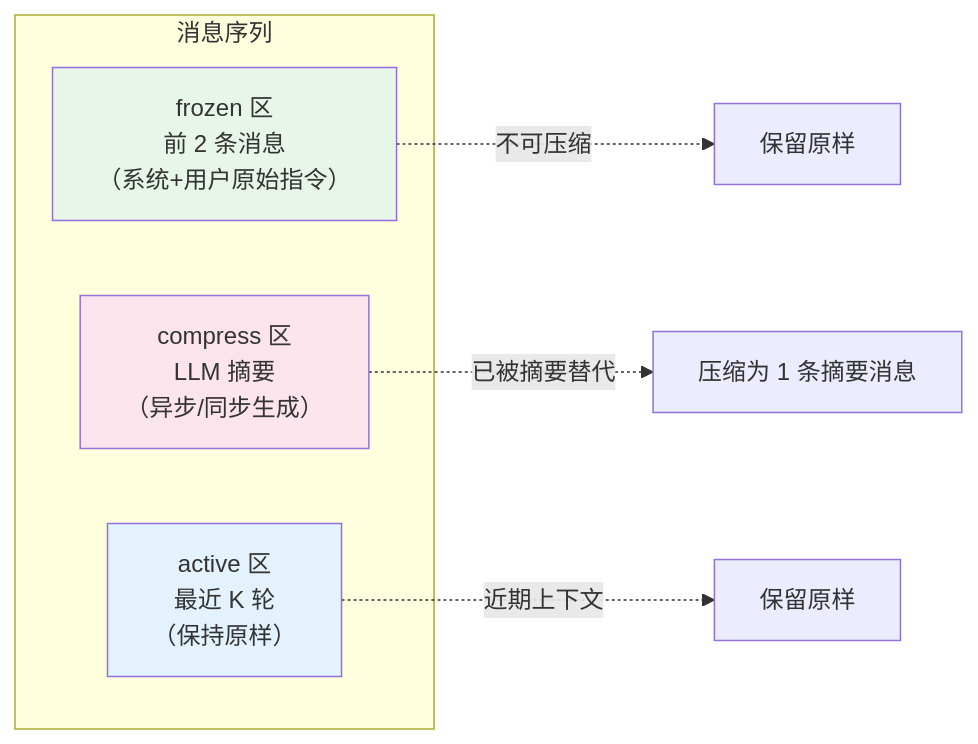
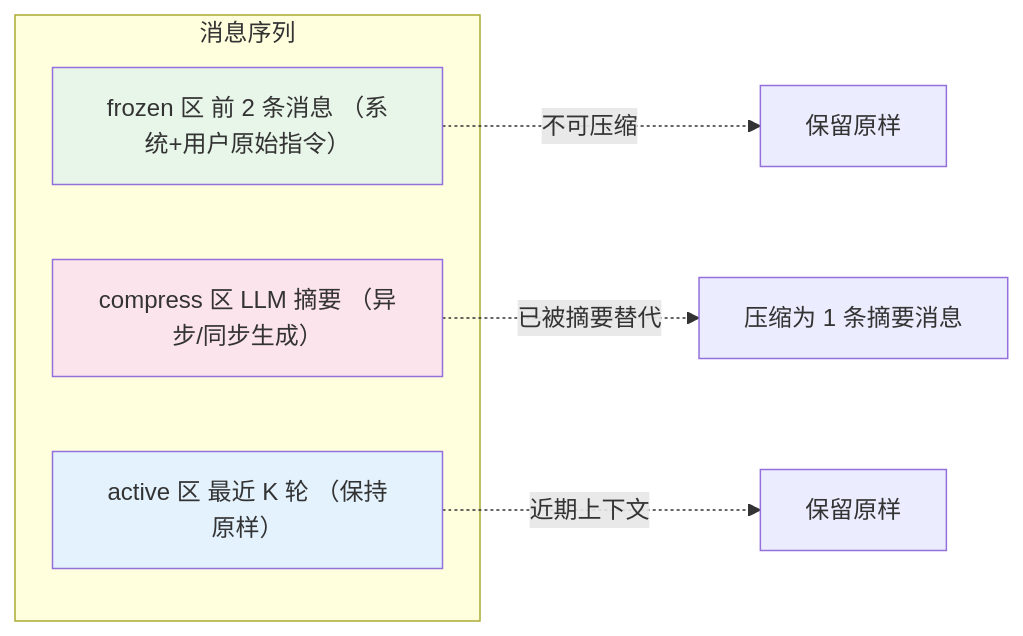
Before and after one commit to awesome-flexloop/awesome-okf: the seventh of 12 diagrams in doc/bundles/jishu/ai/products/open-code-review/concepts/01-architecture.md, drawn with Mermaid. The commit also changed other lines of this file and 10 other files, not shown here.

First line of the commit message:
docs(bundle): 清偿 Open Code Review 存量 Mermaid 违规避免规范漂移累积

````diff
--- a/doc/bundles/jishu/ai/products/open-code-review/concepts/01-architecture.md
+++ b/doc/bundles/jishu/ai/products/open-code-review/concepts/01-architecture.md
@@ -483,16 +473,14 @@
 ```mermaid
 graph LR
-    subgraph 消息序列
-        F["frozen 区<br/>前 2 条消息<br/>（系统+用户原始指令）"]
-        C["compress 区<br/>LLM 摘要<br/>（异步/同步生成）"]
-        A["active 区<br/>最近 K 轮<br/>（保持原样）"]
+    subgraph MSGSEQ ["消息序列"]
+        F["frozen 区 前 2 条消息 （系统+用户原始指令）"]
+        C["compress 区 LLM 摘要 （异步/同步生成）"]
+        A["active 区 最近 K 轮 （保持原样）"]
     end
-
     F -.->|"不可压缩"| F2["保留原样"]
     C -.->|"已被摘要替代"| C2["压缩为 1 条摘要消息"]
     A -.->|"近期上下文"| A2["保留原样"]
-
     style F fill:#e8f5e9
     style C fill:#fce4ec
     style A fill:#e3f2fd
 ```
````
